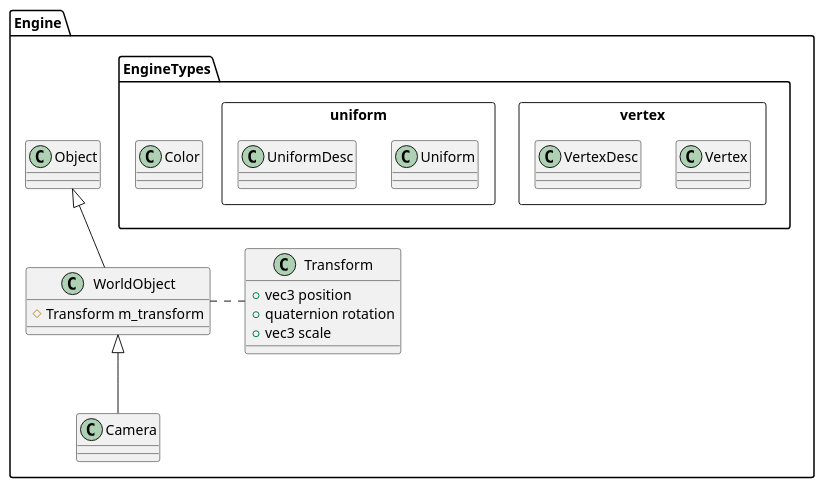
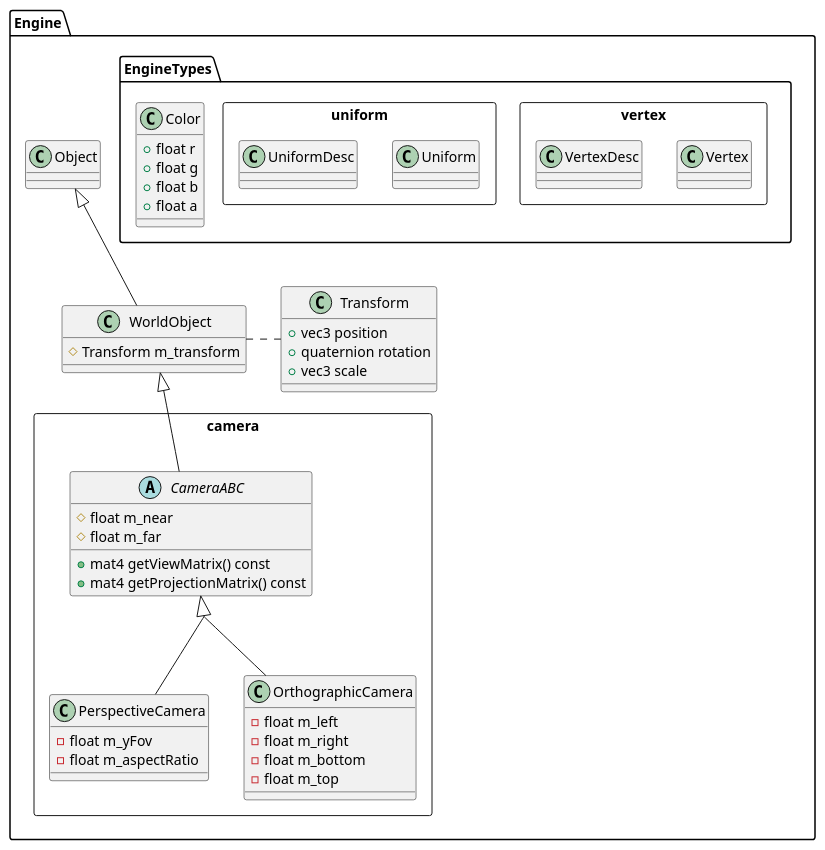
The diagram in engine.puml (FulicaSystems/diagrams), drawn with PlantUML before and after one commit.

```diff
--- a/engine.puml
+++ b/engine.puml
@@ -1,38 +1,69 @@
 @startuml Engine
 skinparam groupInheritance 2
 
 package Engine
 {
     class Transform
     {
         + vec3 position
         + quaternion rotation
         + vec3 scale
     }
     class Object
     class WorldObject
     {
         # Transform m_transform
     }
     WorldObject .right. Transform
     Object <|-- WorldObject
-    class Camera
-    WorldObject <|-- Camera
+
+    package camera << Rectangle >>
+    {
+        abstract CameraABC
+        {
+            # float m_near
+            # float m_far
+
+            + mat4 getViewMatrix() const
+            + mat4 getProjectionMatrix() const
+        }
+        WorldObject <|-- CameraABC
+        class PerspectiveCamera
+        {
+            - float m_yFov
+            - float m_aspectRatio
+        }
+        CameraABC <|-- PerspectiveCamera
+        class OrthographicCamera
+        {
+            - float m_left
+            - float m_right
+            - float m_bottom
+            - float m_top
+        }
+        CameraABC <|-- OrthographicCamera
+    }
 
     package EngineTypes
     {
         class Color
+        {
+            + float r
+            + float g
+            + float b
+            + float a
+        }
         package vertex << Rectangle >>
         {
             class Vertex
             class VertexDesc
         }
         package uniform << Rectangle >>
         {
             class Uniform
             class UniformDesc
         }
     }
 }
 
 @enduml
```
